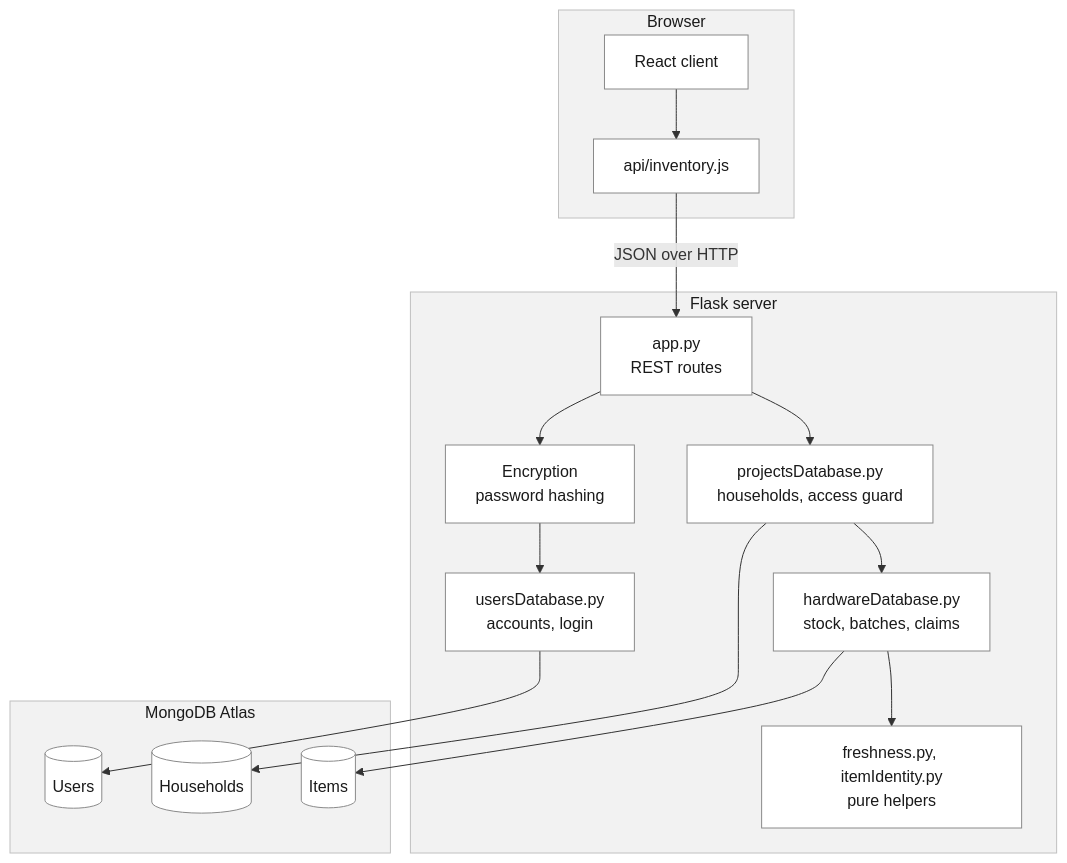
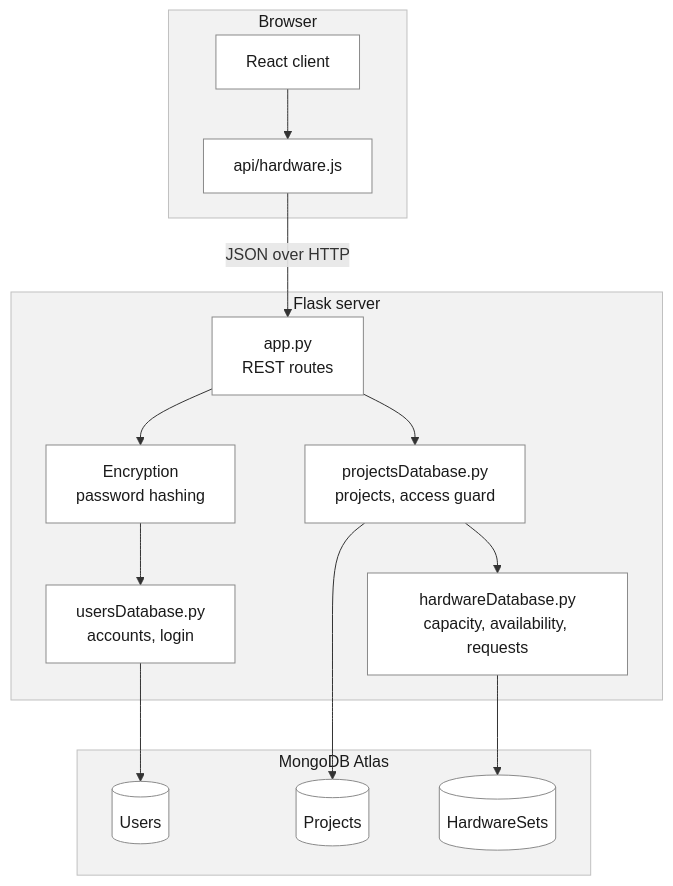
One commit to aa-phan/Group_2_Monday changed the first of 2 diagrams in .planning/ARCHITECTURE-SKETCH.md. Above: the diagram before and after it, drawn with Mermaid. The commit also changed other lines of this file and 5 other files, not shown here.

````diff
--- a/.planning/ARCHITECTURE-SKETCH.md
+++ b/.planning/ARCHITECTURE-SKETCH.md
@@ -9,39 +12,37 @@
 ```mermaid
 flowchart TD
     subgraph browser["Browser"]
         UI["React client"]
-        APICLIENT["api/inventory.js"]
+        APICLIENT["api/hardware.js"]
     end
 
     subgraph server["Flask server"]
         ROUTES["app.py<br/>REST routes"]
         ENC["Encryption<br/>password hashing"]
         USERS["usersDatabase.py<br/>accounts, login"]
-        HOUSE["projectsDatabase.py<br/>households, access guard"]
-        ITEMS["hardwareDatabase.py<br/>stock, batches, claims"]
-        HELP["freshness.py, itemIdentity.py<br/>pure helpers"]
+        PROJ["projectsDatabase.py<br/>projects, access guard"]
+        HW["hardwareDatabase.py<br/>capacity, availability, requests"]
     end
 
     subgraph db["MongoDB Atlas"]
         UC[("Users")]
-        HC[("Households")]
-        IC[("Items")]
+        PC[("Projects")]
+        HC[("HardwareSets")]
     end
 
     UI --> APICLIENT
     APICLIENT -->|JSON over HTTP| ROUTES
     ROUTES --> ENC
     ENC --> USERS
-    ROUTES --> HOUSE
-    HOUSE --> ITEMS
-    ITEMS --> HELP
+    ROUTES --> PROJ
+    PROJ --> HW
     USERS --> UC
-    HOUSE --> HC
-    ITEMS --> IC
+    PROJ --> PC
+    HW --> HC
 
     classDef plain fill:#ffffff,stroke:#8a8a8a,stroke-width:1px,color:#1a1a1a
-    class UI,APICLIENT,ROUTES,ENC,USERS,HOUSE,ITEMS,HELP,UC,HC,IC plain
+    class UI,APICLIENT,ROUTES,ENC,USERS,PROJ,HW,UC,PC,HC plain
     style browser fill:#f2f2f2,stroke:#c0c0c0,color:#1a1a1a
     style server fill:#f2f2f2,stroke:#c0c0c0,color:#1a1a1a
     style db fill:#f2f2f2,stroke:#c0c0c0,color:#1a1a1a
 ```
````
